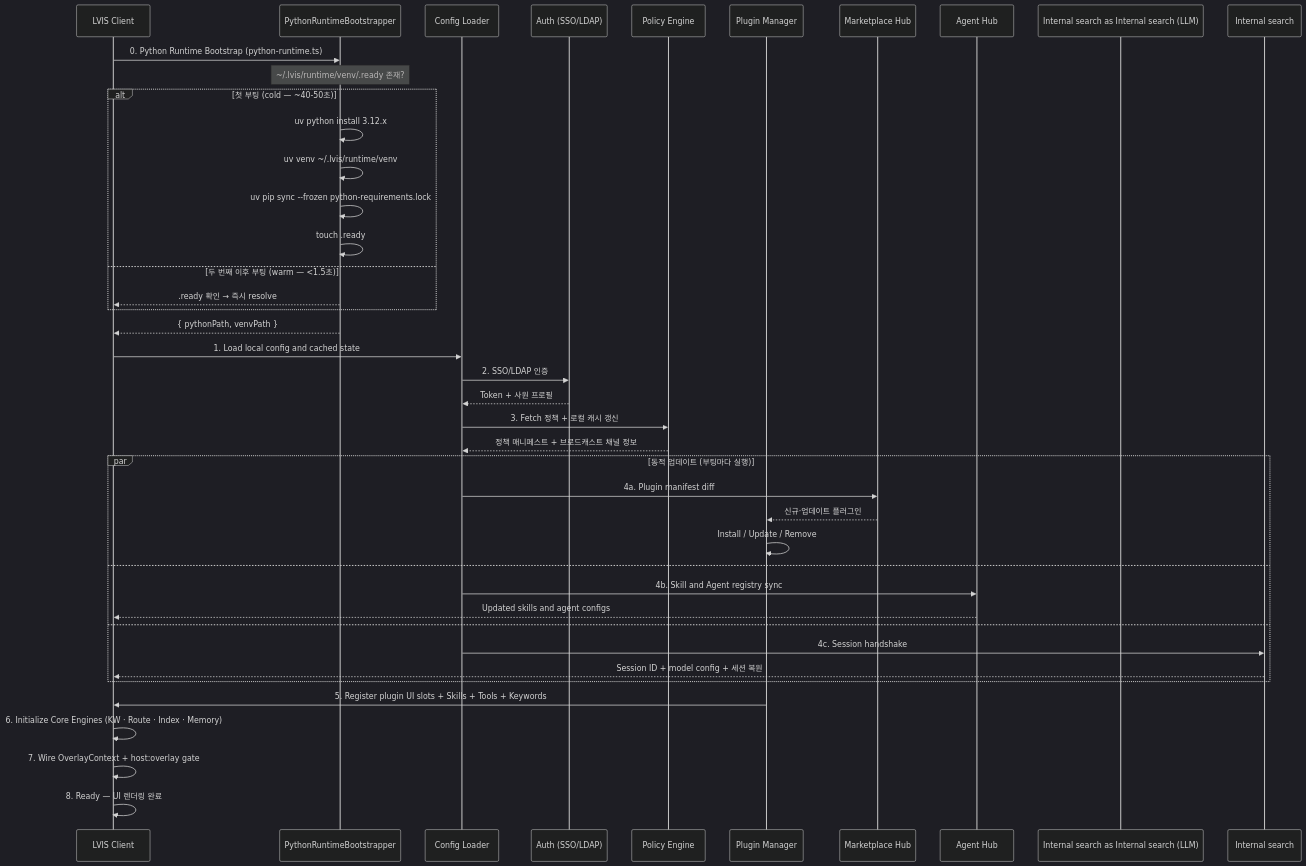
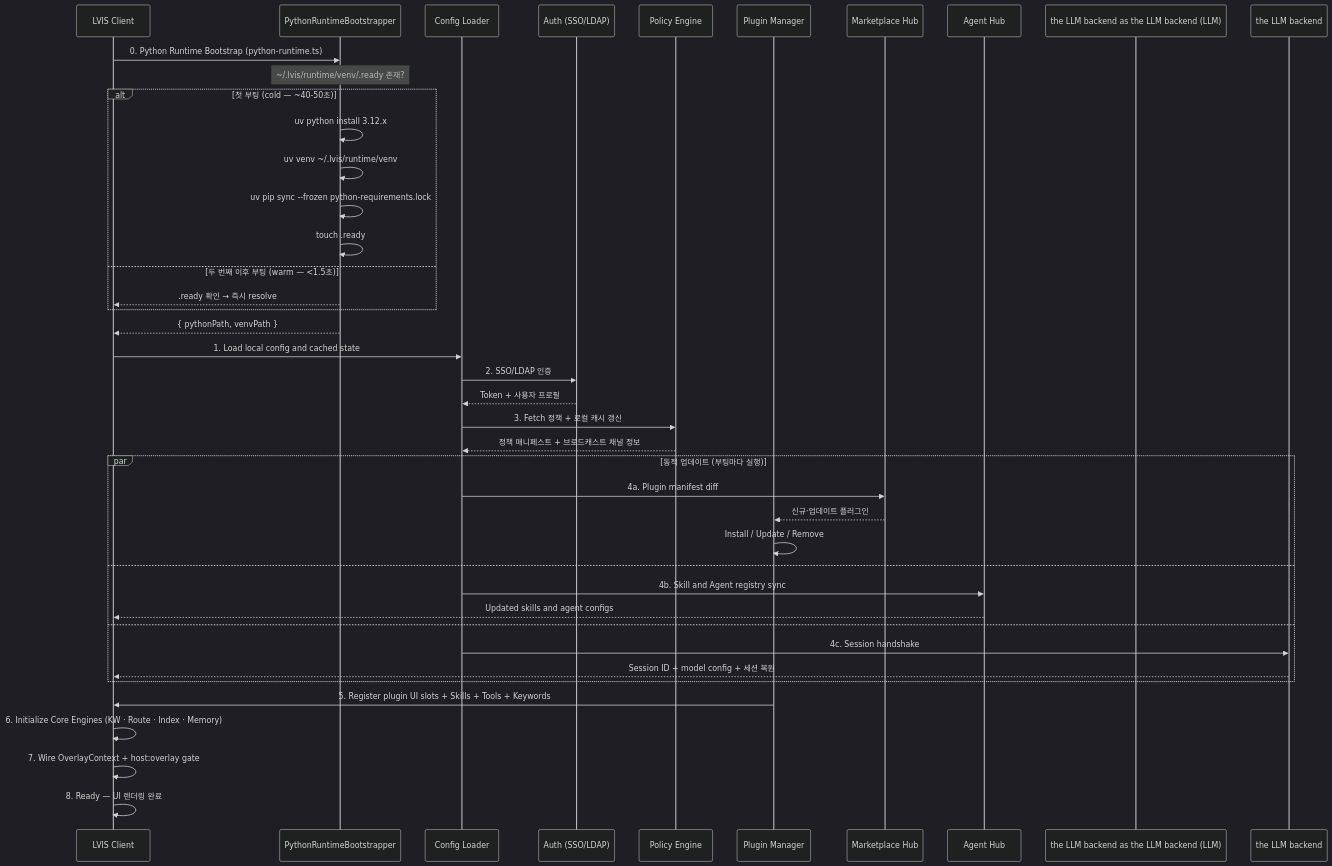
One commit to lvis-project/lvis-app changed the sixth of 44 diagrams in docs/architecture/architecture.md. Above: the diagram before and after it, drawn with Mermaid (dark theme). The commit also changed other lines of this file and 76 other files, not shown here.

````diff
--- a/docs/architecture/architecture.md
+++ b/docs/architecture/architecture.md
@@ -381,49 +381,49 @@
 ```mermaid
 sequenceDiagram
     participant App as LVIS Client
     participant PythonRT as PythonRuntimeBootstrapper
     participant Config as Config Loader
     participant Auth as Auth (SSO/LDAP)
     participant Policy as Policy Engine
     participant PluginMgr as Plugin Manager
     participant Market as Marketplace Hub
     participant AgentHub as Agent Hub
-    participant Internal search as Internal search (LLM)
+    participant the LLM backend as the LLM backend (LLM)
 
     App->>PythonRT: 0. Python Runtime Bootstrap (python-runtime.ts)
     Note over PythonRT: ~/.lvis/runtime/venv/.ready 존재?
     alt 첫 부팅 (cold — ~40-50초)
         PythonRT->>PythonRT: uv python install 3.12.x
         PythonRT->>PythonRT: uv venv ~/.lvis/runtime/venv
         PythonRT->>PythonRT: uv pip sync --frozen python-requirements.lock
         PythonRT->>PythonRT: touch .ready
     else 두 번째 이후 부팅 (warm — <1.5초)
         PythonRT-->>App: .ready 확인 → 즉시 resolve
     end
     PythonRT-->>App: { pythonPath, venvPath }
 
     App->>Config: 1. Load local config and cached state
     Config->>Auth: 2. SSO/LDAP 인증
-    Auth-->>Config: Token + 사원 프로필
+    Auth-->>Config: Token + 사용자 프로필
     Config->>Policy: 3. Fetch 정책 + 로컬 캐시 갱신
     Policy-->>Config: 정책 매니페스트 + 브로드캐스트 채널 정보
 
     par 동적 업데이트 (부팅마다 실행)
         Config->>Market: 4a. Plugin manifest diff
         Market-->>PluginMgr: 신규·업데이트 플러그인
         PluginMgr->>PluginMgr: Install / Update / Remove
     and
         Config->>AgentHub: 4b. Skill and Agent registry sync
         AgentHub-->>App: Updated skills and agent configs
     and
-        Config->>Internal search: 4c. Session handshake
-        Internal search-->>App: Session ID + model config + 세션 복원
+        Config->>the LLM backend: 4c. Session handshake
+        the LLM backend-->>App: Session ID + model config + 세션 복원
     end
 
     PluginMgr->>App: 5. Register plugin UI slots + Skills + Tools + Keywords
     App->>App: 6. Initialize Core Engines (KW · Route · Index · Memory)
 
     App->>App: 7. Wire OverlayContext + host:overlay gate
 
     App->>App: 8. Ready — UI 렌더링 완료
 ```
````
